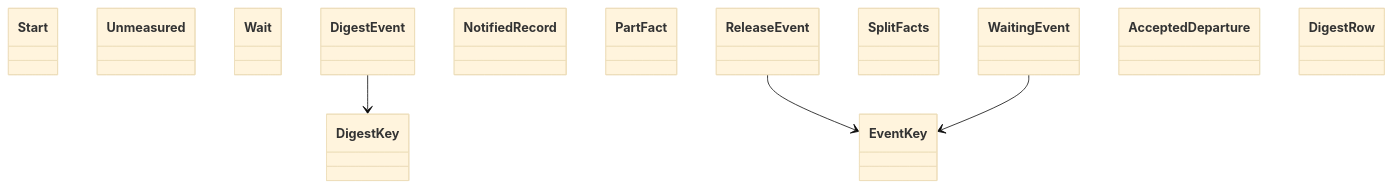
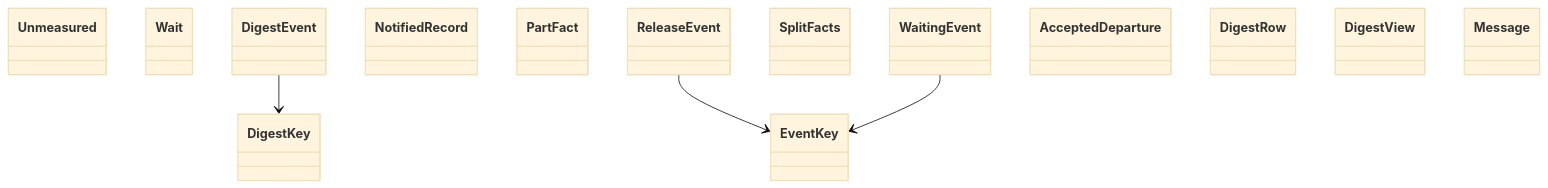
The diagram in docs/architecture/generated/classes-process-domain-machine-2.md (GonzaloZevallos/agentic-system), drawn with Mermaid (base theme) before and after one commit. The commit also changed other lines of this file and 6 other files, not shown here.

Commit message:
Regenerate the architecture docs for the terminal memo module

````diff
--- a/docs/architecture/generated/classes-process-domain-machine-2.md
+++ b/docs/architecture/generated/classes-process-domain-machine-2.md
@@ -34,19 +34,20 @@
 ```mermaid
 classDiagram
-    class github_budget__Start["Start"]
     class github_budget__Unmeasured["Unmeasured"]
     class github_budget__Wait["Wait"]
     class notify__DigestEvent["DigestEvent"]
     class notify__DigestKey["DigestKey"]
     class notify__EventKey["EventKey"]
     class notify__NotifiedRecord["NotifiedRecord"]
     class notify__PartFact["PartFact"]
     class notify__ReleaseEvent["ReleaseEvent"]
     class notify__SplitFacts["SplitFacts"]
     class notify__WaitingEvent["WaitingEvent"]
     class notify_message__AcceptedDeparture["AcceptedDeparture"]
     class notify_message__DigestRow["DigestRow"]
+    class notify_message__DigestView["DigestView"]
+    class notify_message__Message["Message"]
     notify__DigestEvent --> notify__DigestKey
     notify__ReleaseEvent --> notify__EventKey
     notify__WaitingEvent --> notify__EventKey
 ```
````
